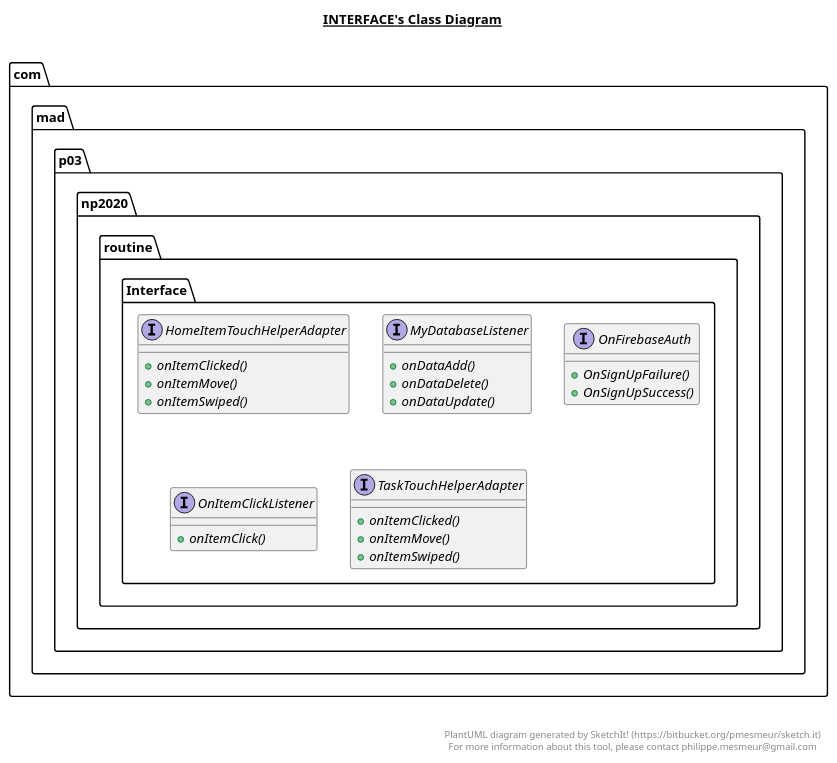
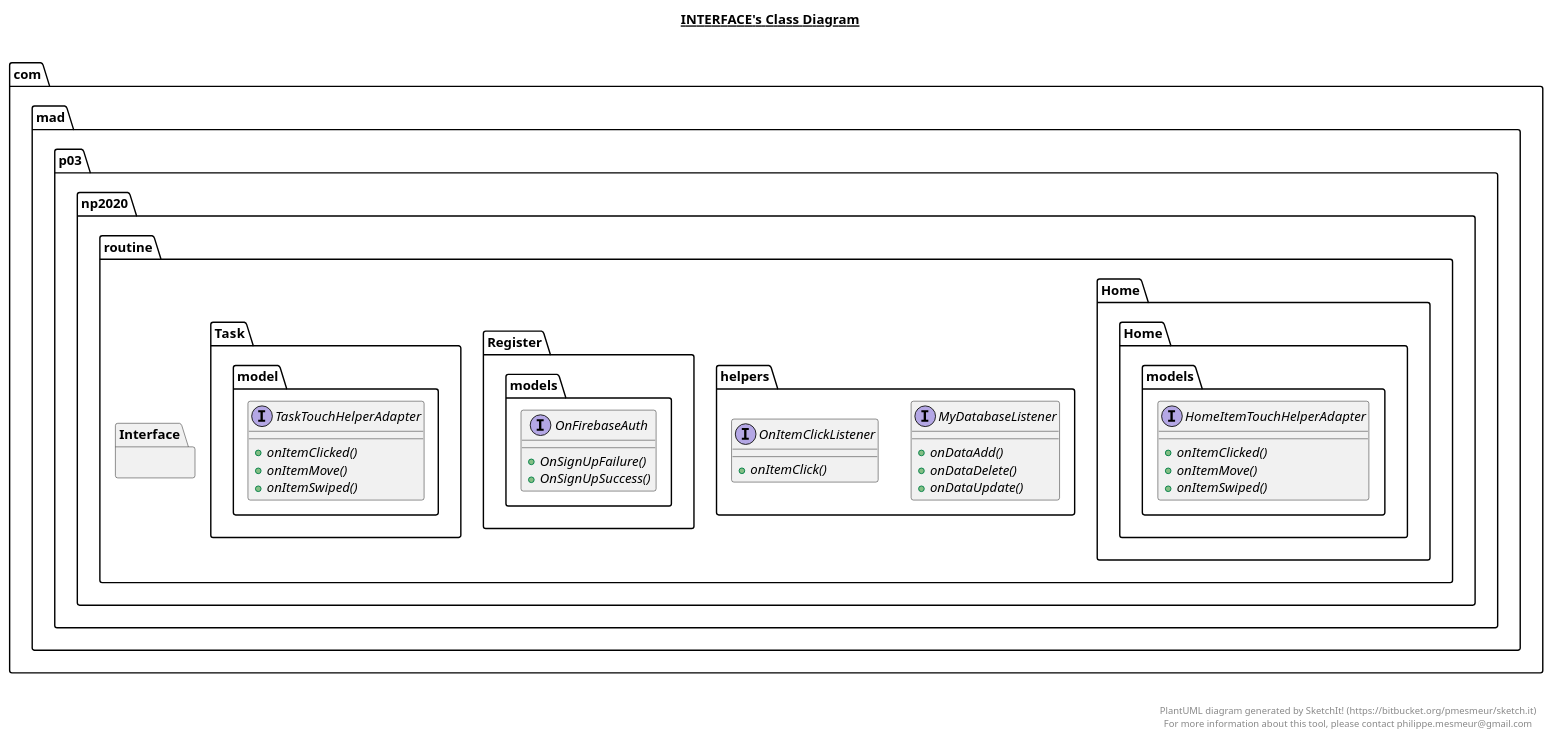
One commit to AppDevIn/Routine changed the diagram in app/src/main/java/com/mad/p03/np2020/routine/Interface/Interface.plantuml. Above: the diagram before and after it, drawn with PlantUML. The commit also changed 137 other files, not shown here.

```diff
--- a/app/src/main/java/com/mad/p03/np2020/routine/Interface/Interface.plantuml
+++ b/app/src/main/java/com/mad/p03/np2020/routine/Interface/Interface.plantuml
@@ -1,66 +1,66 @@
 @startuml
 
 title __INTERFACE's Class Diagram__\n
 
   namespace com.mad.p03.np2020.routine {
     namespace Interface {
-      interface com.mad.p03.np2020.routine.Interface.HomeItemTouchHelperAdapter {
+      interface com.mad.p03.np2020.routine.Home.Home.models.HomeItemTouchHelperAdapter {
           {abstract} + onItemClicked()
           {abstract} + onItemMove()
           {abstract} + onItemSwiped()
       }
     }
   }
   
 
   namespace com.mad.p03.np2020.routine {
     namespace Interface {
-      interface com.mad.p03.np2020.routine.Interface.MyDatabaseListener {
+      interface com.mad.p03.np2020.routine.helpers.MyDatabaseListener {
           {abstract} + onDataAdd()
           {abstract} + onDataDelete()
           {abstract} + onDataUpdate()
       }
     }
   }
   
 
   namespace com.mad.p03.np2020.routine {
     namespace Interface {
-      interface com.mad.p03.np2020.routine.Interface.OnFirebaseAuth {
+      interface com.mad.p03.np2020.routine.Register.models.OnFirebaseAuth {
           {abstract} + OnSignUpFailure()
           {abstract} + OnSignUpSuccess()
       }
     }
   }
   
 
   namespace com.mad.p03.np2020.routine {
     namespace Interface {
-      interface com.mad.p03.np2020.routine.Interface.OnItemClickListener {
+      interface com.mad.p03.np2020.routine.helpers.OnItemClickListener {
           {abstract} + onItemClick()
       }
     }
   }
   
 
   namespace com.mad.p03.np2020.routine {
     namespace Interface {
-      interface com.mad.p03.np2020.routine.Interface.TaskTouchHelperAdapter {
+      interface com.mad.p03.np2020.routine.Task.model.TaskTouchHelperAdapter {
           {abstract} + onItemClicked()
           {abstract} + onItemMove()
           {abstract} + onItemSwiped()
       }
     }
   }
   
 
 
 
 right footer
 
 
 PlantUML diagram generated by SketchIt! (https://bitbucket.org/pmesmeur/sketch.it)
 For more information about this tool, please contact philippe.mesmeur@gmail.com
 endfooter
 
 @enduml
```
